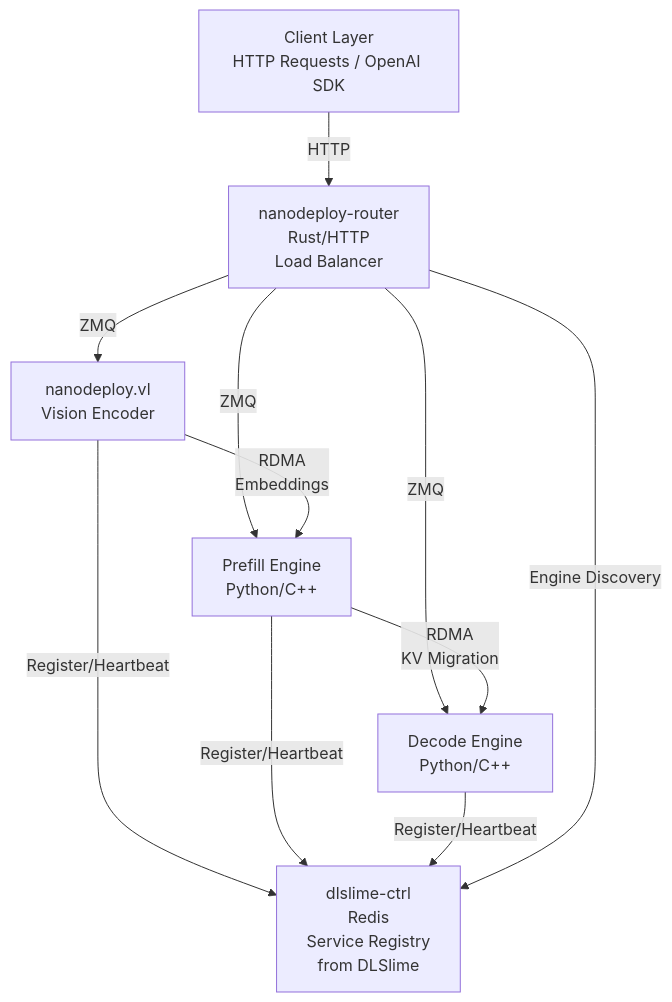
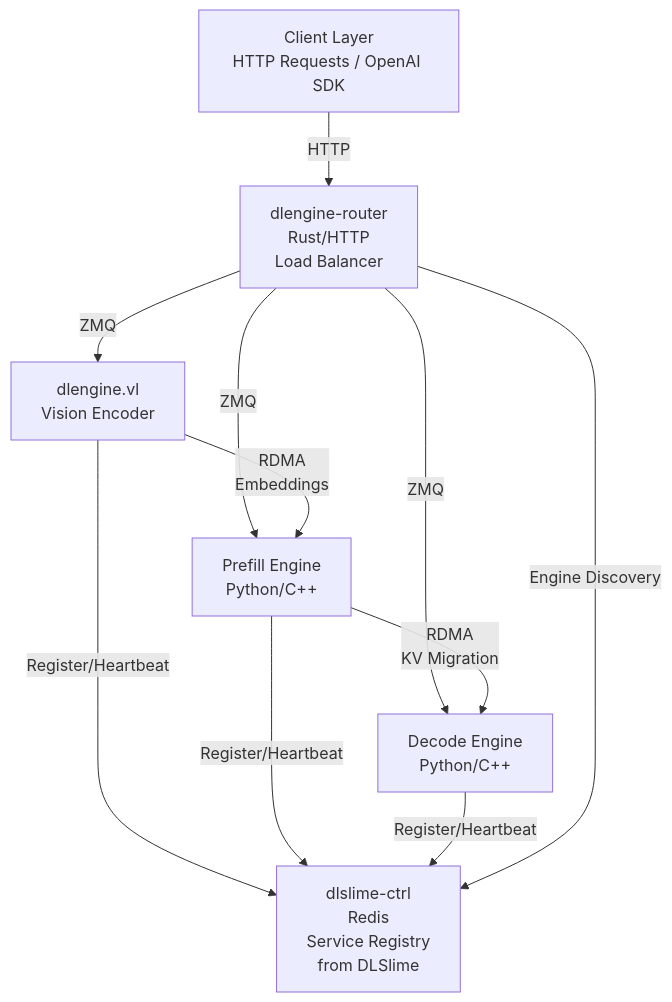
The diagram in README.md (nano-infra/NanoEngine), drawn with Mermaid before and after one commit. The commit also changed other lines of this file and 463 other files, not shown here.

````diff
--- a/README.md
+++ b/README.md
@@ -46,20 +44,20 @@
 ```mermaid
 graph TB
     Client[Client Layer<br/>HTTP Requests / OpenAI SDK]
-    Route[nanodeploy-router<br/>Rust/HTTP<br/>Load Balancer]
-    VL[nanodeploy.vl<br/>Vision Encoder]
+    Route[dlengine-router<br/>Rust/HTTP<br/>Load Balancer]
+    VL[dlengine.vl<br/>Vision Encoder]
     Prefill[Prefill Engine<br/>Python/C++]
     Decode[Decode Engine<br/>Python/C++]
     Ctrl[dlslime-ctrl<br/>Redis<br/>Service Registry<br/>from DLSlime]
 
     Client -->|HTTP| Route
     Route -->|ZMQ| VL
     Route -->|ZMQ| Prefill
     Route -->|ZMQ| Decode
     VL -->|RDMA<br/>Embeddings| Prefill
     Prefill -->|RDMA<br/>KV Migration| Decode
     VL -->|Register/Heartbeat| Ctrl
     Prefill -->|Register/Heartbeat| Ctrl
     Decode -->|Register/Heartbeat| Ctrl
     Route -->|Engine Discovery| Ctrl
 ```
````
